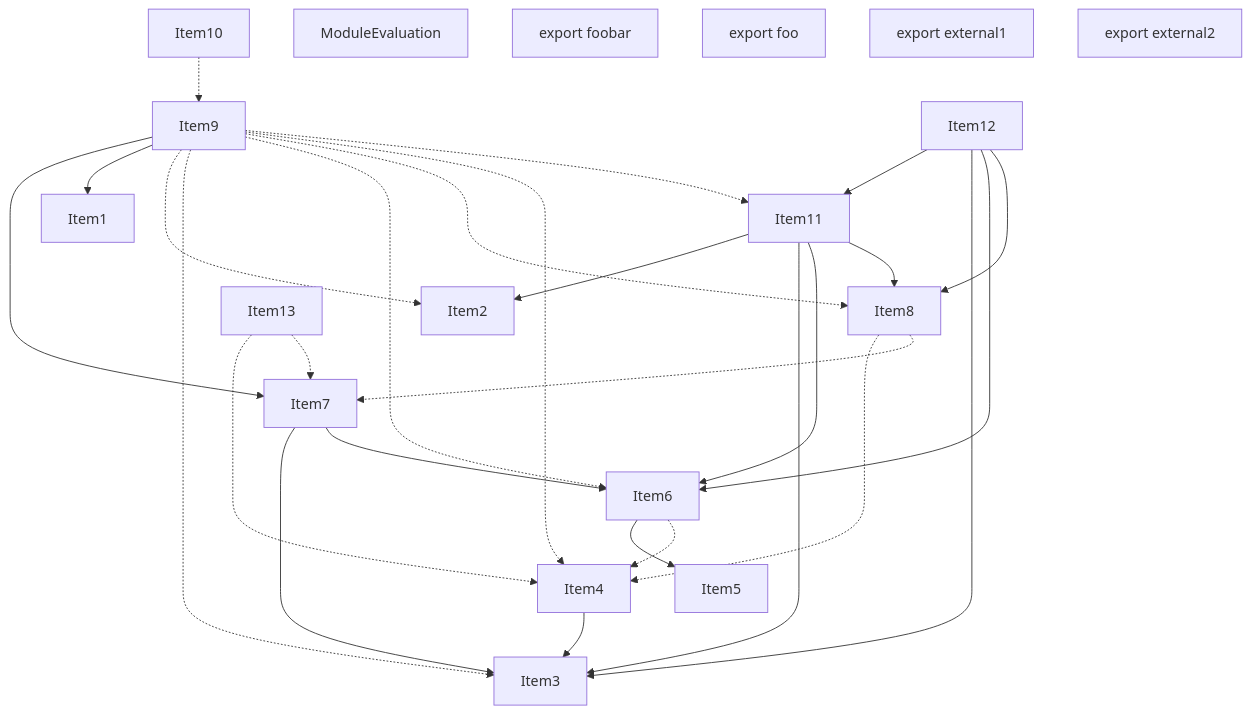
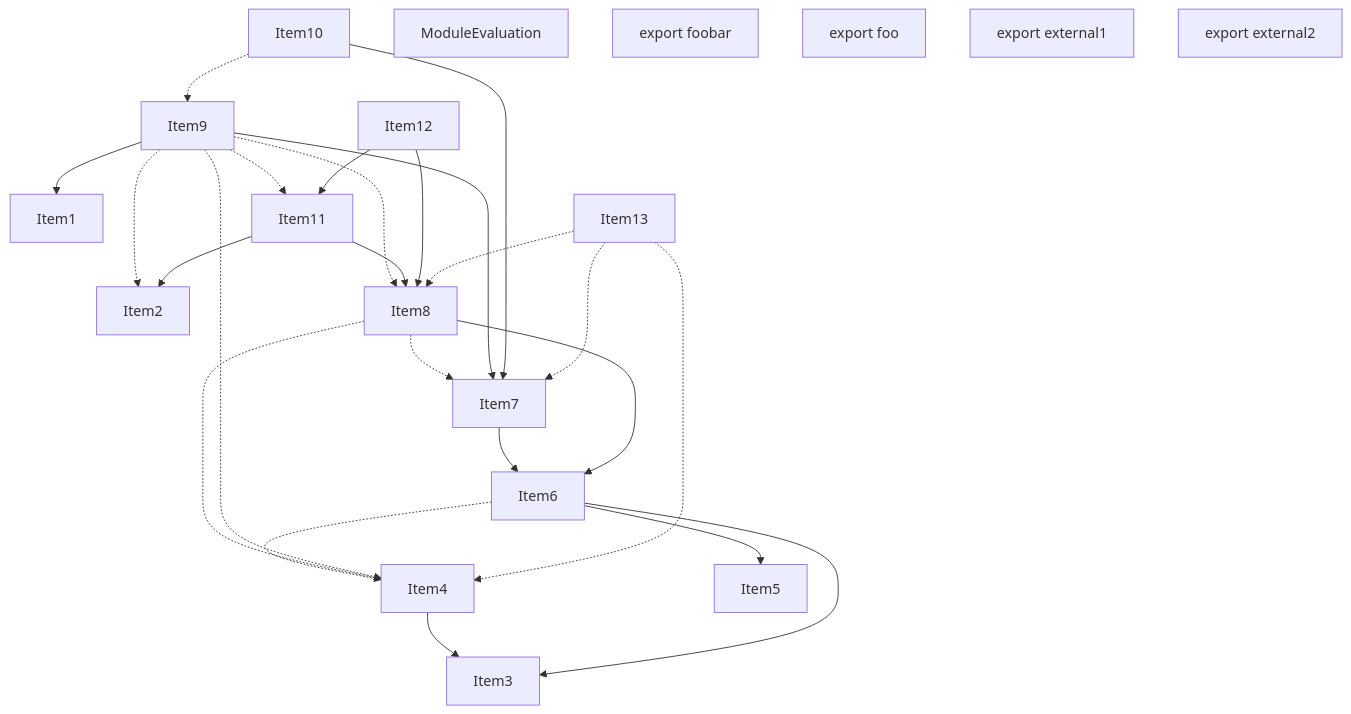
One commit to vercel/turborepo changed the third of 5 diagrams in crates/turbopack-ecmascript/tests/tree-shaker/analyzer/1/output.md. Above: the diagram before and after it, drawn with Mermaid. The commit also changed other lines of this file and 3 other files, not shown here.

````diff
--- a/crates/turbopack-ecmascript/tests/tree-shaker/analyzer/1/output.md
+++ b/crates/turbopack-ecmascript/tests/tree-shaker/analyzer/1/output.md
@@ -218,52 +220,49 @@
 ```mermaid
 graph TD
     Item1;
     Item2;
     Item3;
     Item4;
     Item5;
     Item6;
     Item7;
     Item8;
     Item9;
     Item10;
     Item11;
     Item12;
     Item13;
     Item14;
     Item14["ModuleEvaluation"];
     Item15;
     Item15["export foobar"];
     Item16;
     Item16["export foo"];
     Item17;
     Item17["export external1"];
     Item18;
     Item18["export external2"];
     Item4 --> Item3;
     Item6 --> Item5;
+    Item6 --> Item3;
     Item6 -.-> Item4;
-    Item7 --> Item3;
     Item7 --> Item6;
+    Item8 --> Item6;
     Item8 -.-> Item4;
     Item8 -.-> Item7;
     Item9 --> Item7;
     Item9 --> Item1;
     Item9 -.-> Item2;
-    Item9 -.-> Item3;
-    Item9 -.-> Item6;
     Item9 -.-> Item8;
     Item9 -.-> Item4;
     Item9 -.-> Item11;
+    Item10 --> Item7;
     Item10 -.-> Item9;
     Item11 --> Item2;
-    Item11 --> Item3;
-    Item11 --> Item6;
     Item11 --> Item8;
     Item12 --> Item11;
-    Item12 --> Item3;
-    Item12 --> Item6;
     Item12 --> Item8;
     Item13 -.-> Item4;
     Item13 -.-> Item7;
+    Item13 -.-> Item8;
 ```
````
